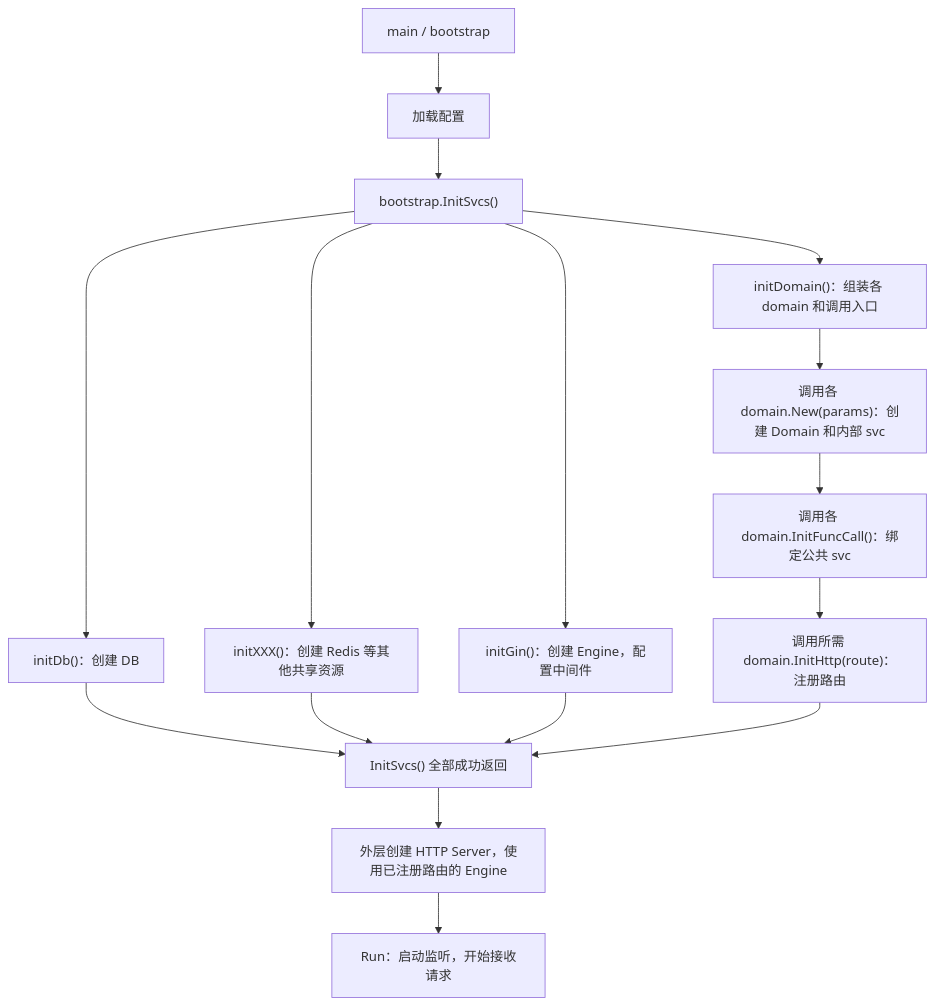
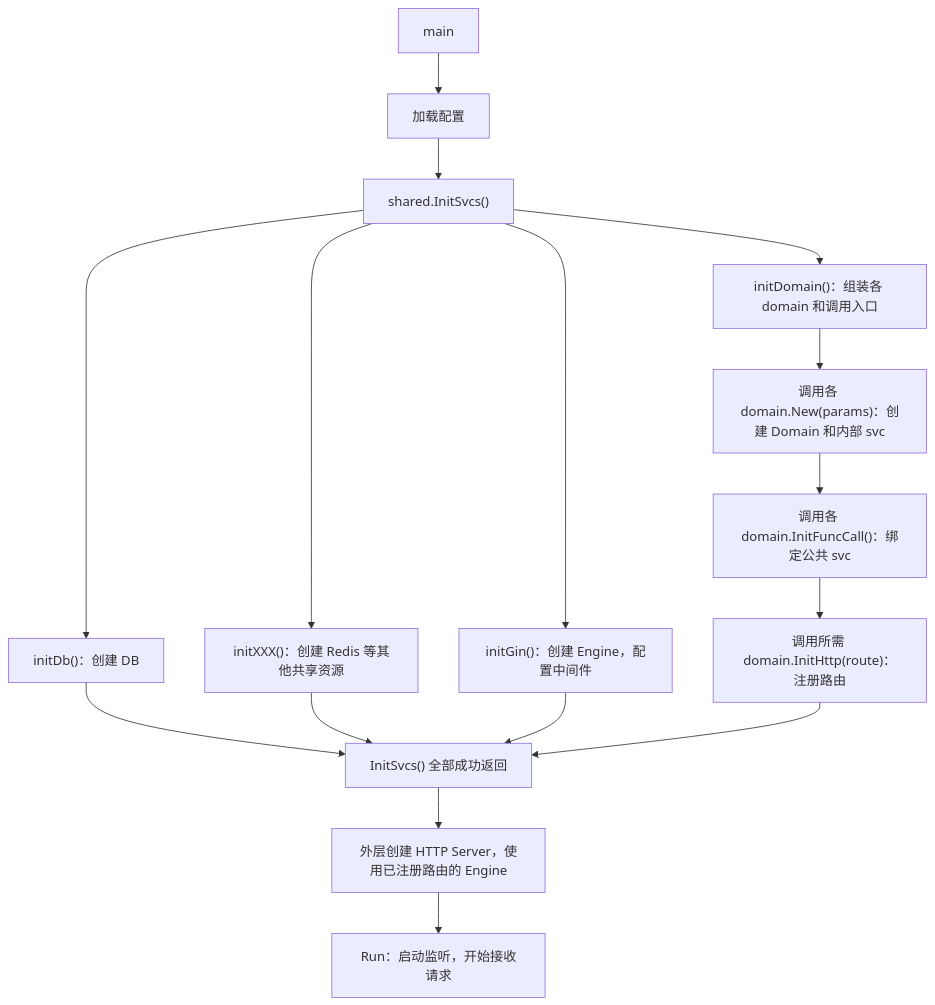
The fourth of 4 diagrams in DevSpec/go.md (KevinZonda/MyWindowsSetup), drawn with Mermaid before and after one commit. The commit also changed other lines of this file, not shown here.

Commit message:
docs: refine bootstrap sequence documentation for clarity

````diff
--- a/DevSpec/go.md
+++ b/DevSpec/go.md
@@ -230,18 +230,18 @@
 ```mermaid
 flowchart TD
-    Main["main / bootstrap"] --> Cfg["加载配置"]
-    Cfg --> InitSvcs["bootstrap.InitSvcs()"]
+    Main["main"] --> Cfg["加载配置"]
+    Cfg --> InitSvcs["shared.InitSvcs()"]
     InitSvcs --> InitDb["initDb()：创建 DB"]
     InitSvcs --> InitXXX["initXXX()：创建 Redis 等其他共享资源"]
     InitSvcs --> InitGin["initGin()：创建 Engine，配置中间件"]
     InitSvcs --> InitDomain["initDomain()：组装各 domain 和调用入口"]
     InitDomain --> DomainNew["调用各 domain.New(params)：创建 Domain 和内部 svc"]
     DomainNew --> InitFuncCall["调用各 domain.InitFuncCall()：绑定公共 svc"]
     InitFuncCall --> Routes["调用所需 domain.InitHttp(route)：注册路由"]
     InitDb --> Ready["InitSvcs() 全部成功返回"]
     InitXXX --> Ready
     InitGin --> Ready
     Routes --> Ready
     Ready --> Server["外层创建 HTTP Server，使用已注册路由的 Engine"]
     Server --> Run["Run：启动监听，开始接收请求"]
 ```
````
